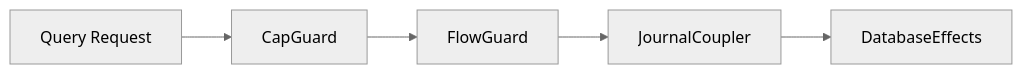
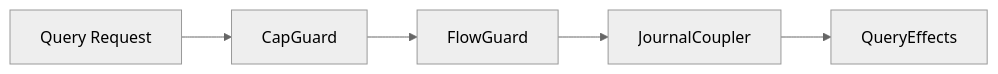
One commit to hxrts/aura changed the second of 2 diagrams in docs/113_database.md. Above: the diagram before and after it, drawn with Mermaid (neutral theme). The commit also changed other lines of this file and 29 other files, not shown here.

````diff
--- a/docs/113_database.md
+++ b/docs/113_database.md
@@ -234,7 +472,7 @@
 ```mermaid
 flowchart LR
     A[Query Request] --> B[CapGuard];
     B --> C[FlowGuard];
     C --> D[JournalCoupler];
-    D --> E[DatabaseEffects];
+    D --> E[QueryEffects];
 ```
````
